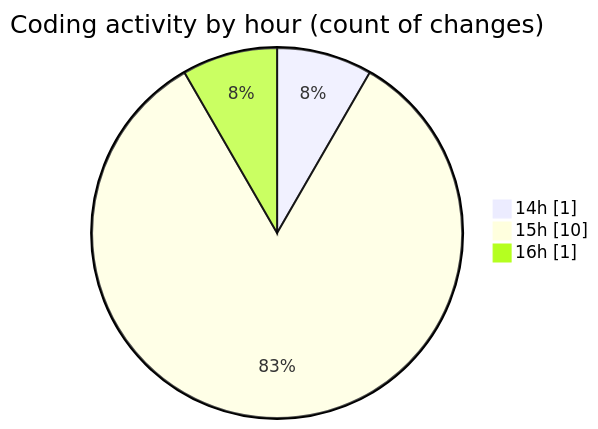
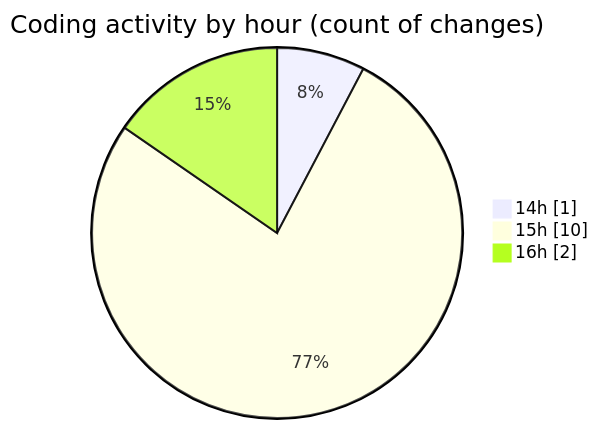
Before and after one commit to nxtqubesakshisongat/code-tracking: the second of 2 diagrams in 2025-12-05/nxtqube_webapp/README.md, drawn with Mermaid. The commit also changed other lines of this file and 1 other file, not shown here.

````diff
--- a/2025-12-05/nxtqube_webapp/README.md
+++ b/2025-12-05/nxtqube_webapp/README.md
@@ -33,7 +34,7 @@
 ```mermaid
 pie showData
 title Coding activity by hour (count of changes)
 "14h" : 1
 "15h" : 10
-"16h" : 1
+"16h" : 2
 ```
````
